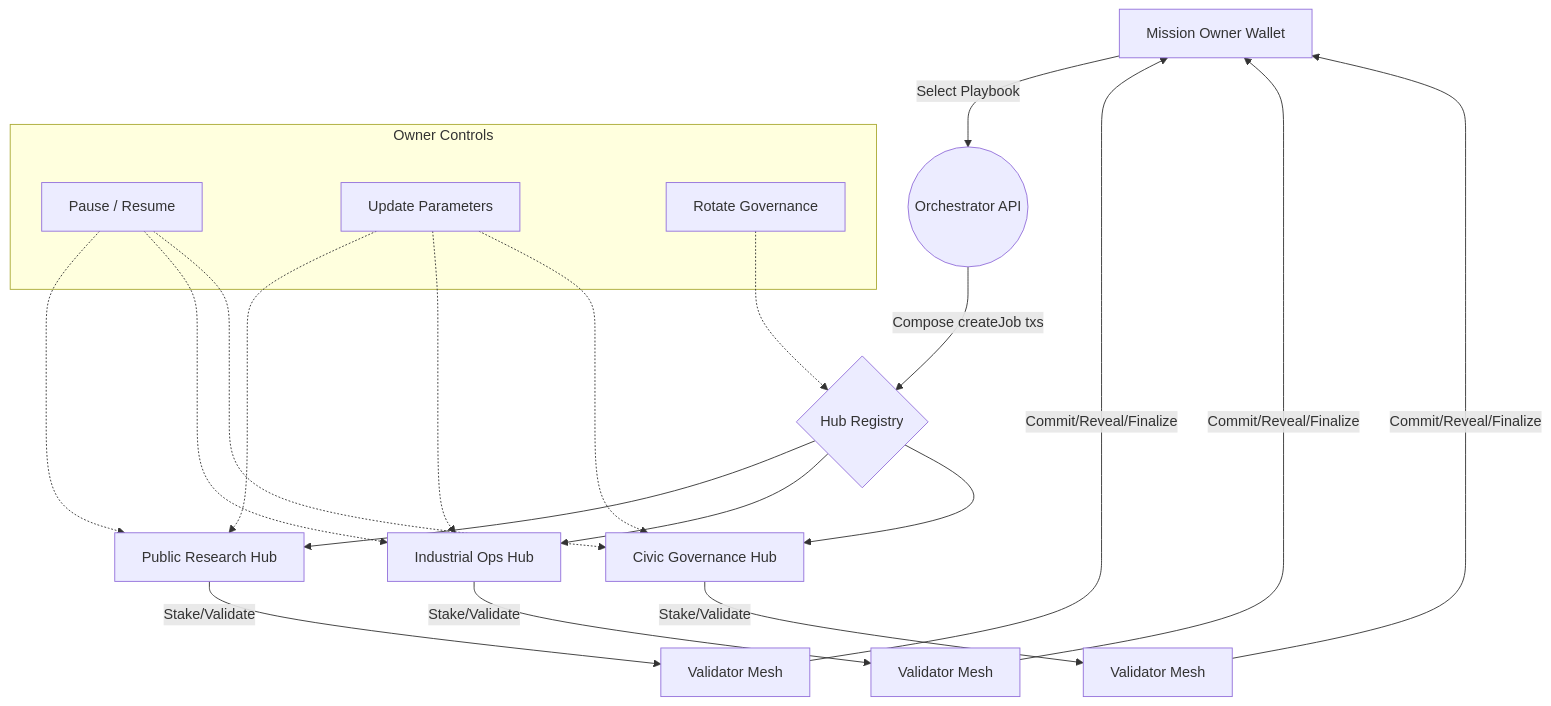
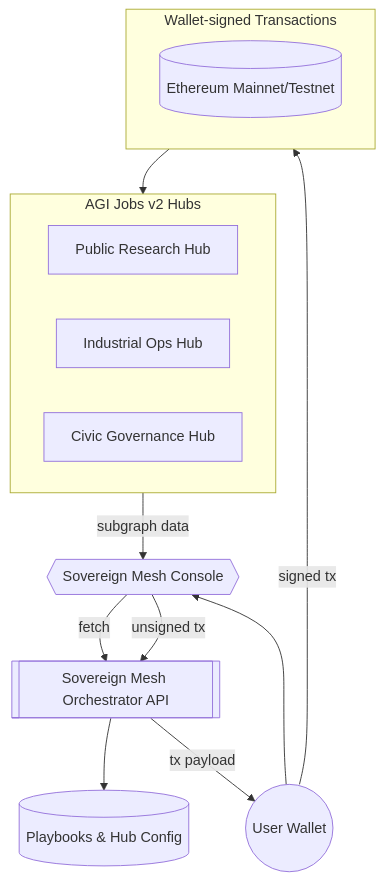
Before and after one commit to MontrealAI/AGIJobsv0: the first of 3 diagrams in demo/sovereign-mesh/README.md, drawn with Mermaid. The commit also changed other lines of this file and 23 other files, not shown here.

Commit message:
feat: launch sovereign mesh flagship demo

````diff
--- a/demo/sovereign-mesh/README.md
+++ b/demo/sovereign-mesh/README.md
@@ -54,26 +14,23 @@
 ```mermaid
 graph TD
-  A[Mission Owner Wallet] -->|Select Playbook| B((Orchestrator API))
-  B -->|Compose createJob txs| C{Hub Registry}
-  C --> D1[Public Research Hub]
-  C --> D2[Industrial Ops Hub]
-  C --> D3[Civic Governance Hub]
-  D1 -->|Stake/Validate| V1[Validator Mesh]
-  D2 -->|Stake/Validate| V2[Validator Mesh]
-  D3 -->|Stake/Validate| V3[Validator Mesh]
-  V1 -->|Commit/Reveal/Finalize| A
-  V2 -->|Commit/Reveal/Finalize| A
-  V3 -->|Commit/Reveal/Finalize| A
-  subgraph Owner Controls
-    E1[Pause / Resume]
-    E2[Update Parameters]
-    E3[Rotate Governance]
+  UserWallet((User Wallet))
+  OrchestratorAPI[[Sovereign Mesh Orchestrator API]]
+  ConfigRepo[(Playbooks & Hub Config)]
+  MeshUI{{Sovereign Mesh Console}}
+  subgraph HubLayer[AGI Jobs v2 Hubs]
+    HubA[Public Research Hub]
+    HubB[Industrial Ops Hub]
+    HubC[Civic Governance Hub]
   end
-  E1 -.-> D1
-  E1 -.-> D2
-  E1 -.-> D3
-  E2 -.-> D1
-  E2 -.-> D2
-  E2 -.-> D3
-  E3 -.-> C
+  subgraph Ethereum[Wallet-signed Transactions]
+    Ledger[(Ethereum Mainnet/Testnet)]
+  end
+  UserWallet --> MeshUI
+  MeshUI -->|fetch| OrchestratorAPI
+  OrchestratorAPI --> ConfigRepo
+  MeshUI -->|unsigned tx| OrchestratorAPI
+  OrchestratorAPI -->|tx payload| UserWallet
+  UserWallet -->|signed tx| Ethereum
+  Ethereum --> HubLayer
+  HubLayer -->|subgraph data| MeshUI
 ```
````
